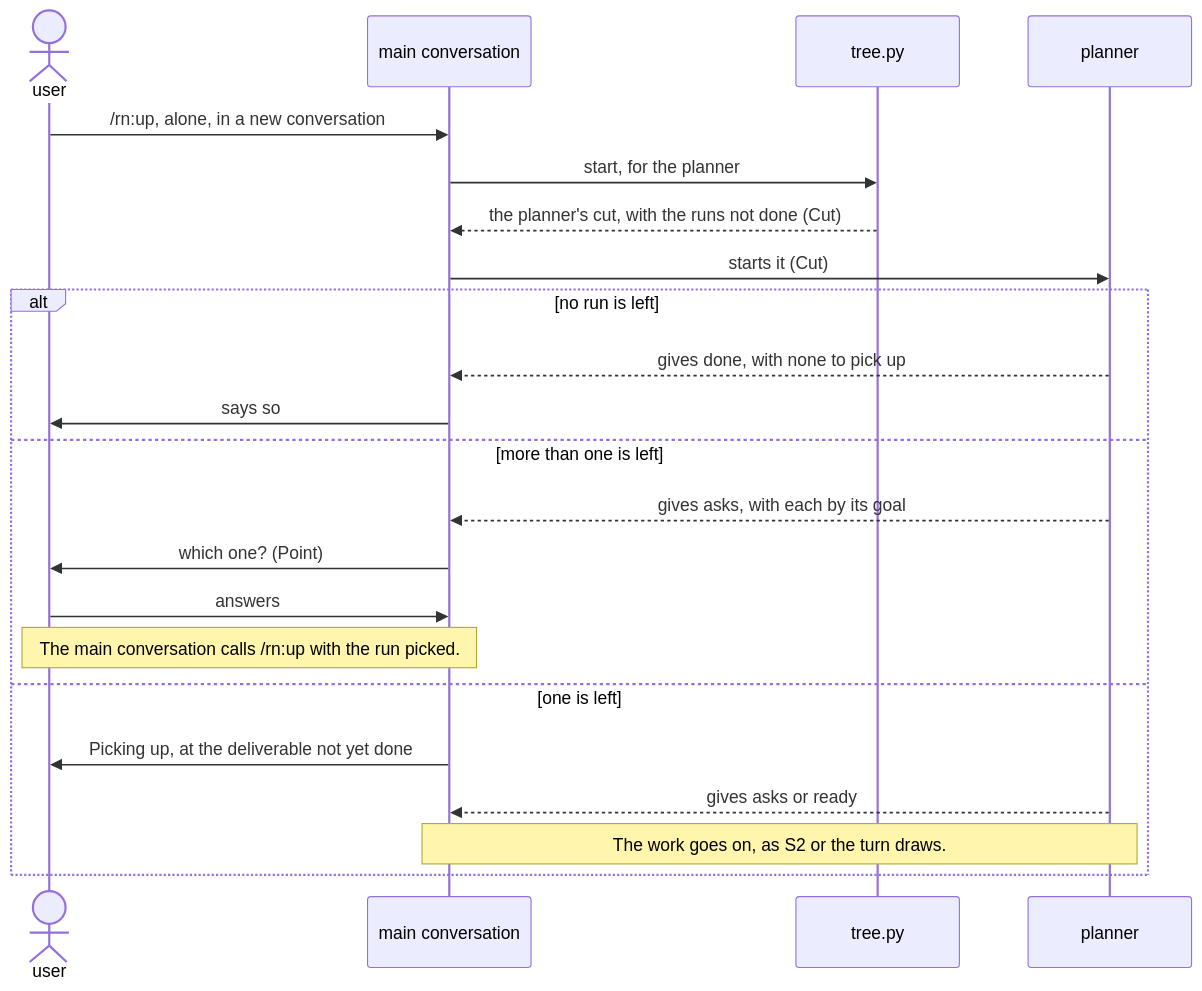
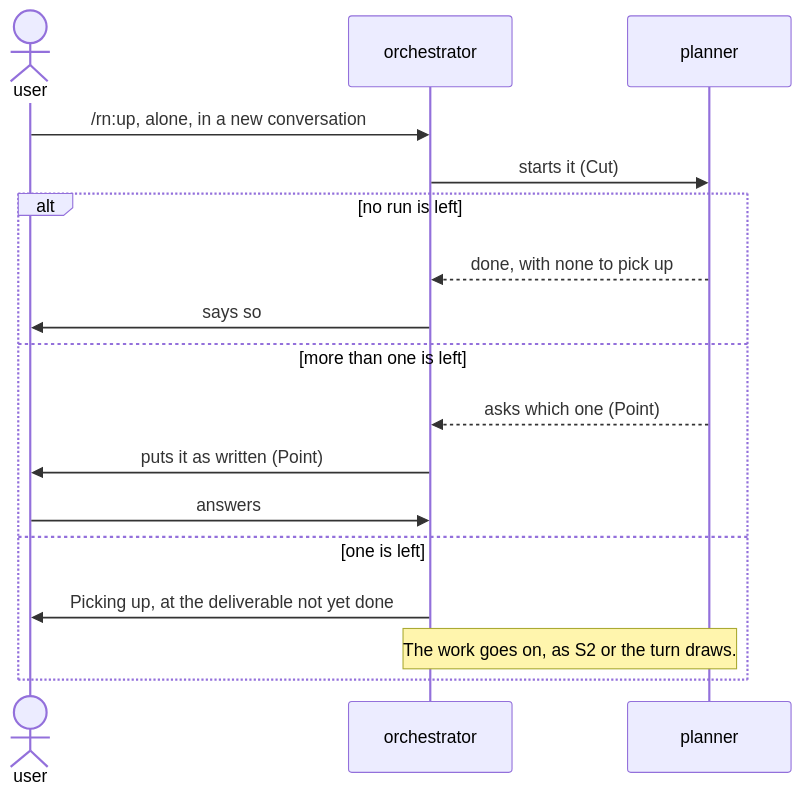
Before and after one commit to lovaizu/ccpm: the fourth of 5 diagrams in dev/rn/architecture.md, drawn with Mermaid. The commit also changed other lines of this file and 11 other files, not shown here.

````diff
--- a/dev/rn/architecture.md
+++ b/dev/rn/architecture.md
@@ -345,24 +237,19 @@
 ```mermaid
 sequenceDiagram
   actor U as user
-  participant M as main conversation
-  participant T as tree.py
+  participant O as orchestrator
   participant P as planner
-  U->>M: /rn:up, alone, in a new conversation
-  M->>T: start, for the planner
-  T-->>M: the planner's cut, with the runs not done (Cut)
-  M->>P: starts it (Cut)
+  U->>O: /rn:up, alone, in a new conversation
+  O->>P: starts it (Cut)
   alt no run is left
-    P-->>M: gives done, with none to pick up
-    M->>U: says so
+    P-->>O: done, with none to pick up
+    O->>U: says so
   else more than one is left
-    P-->>M: gives asks, with each by its goal
-    M->>U: which one? (Point)
-    U->>M: answers
-    Note over U,M: The main conversation calls /rn:up with the run picked.
+    P-->>O: asks which one (Point)
+    O->>U: puts it as written (Point)
+    U->>O: answers
   else one is left
-    M->>U: Picking up, at the deliverable not yet done
-    P-->>M: gives asks or ready
-    Note over M,P: The work goes on, as S2 or the turn draws.
+    O->>U: Picking up, at the deliverable not yet done
+    Note over O,P: The work goes on, as S2 or the turn draws.
   end
 ```
````
